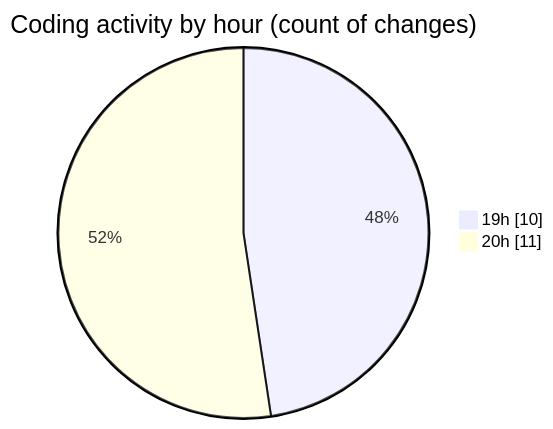
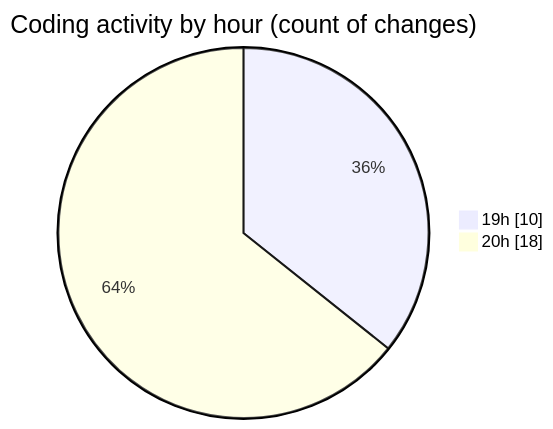
The second of 2 diagrams in 2025-01-28/trollerboard/README.md (charlie-sans/code-tracking), drawn with Mermaid before and after one commit. The commit also changed other lines of this file and 1 other file, not shown here.

````diff
--- a/2025-01-28/trollerboard/README.md
+++ b/2025-01-28/trollerboard/README.md
@@ -35,6 +37,6 @@
 ```mermaid
 pie showData
 title Coding activity by hour (count of changes)
 "19h" : 10
-"20h" : 11
+"20h" : 18
 ```
````
